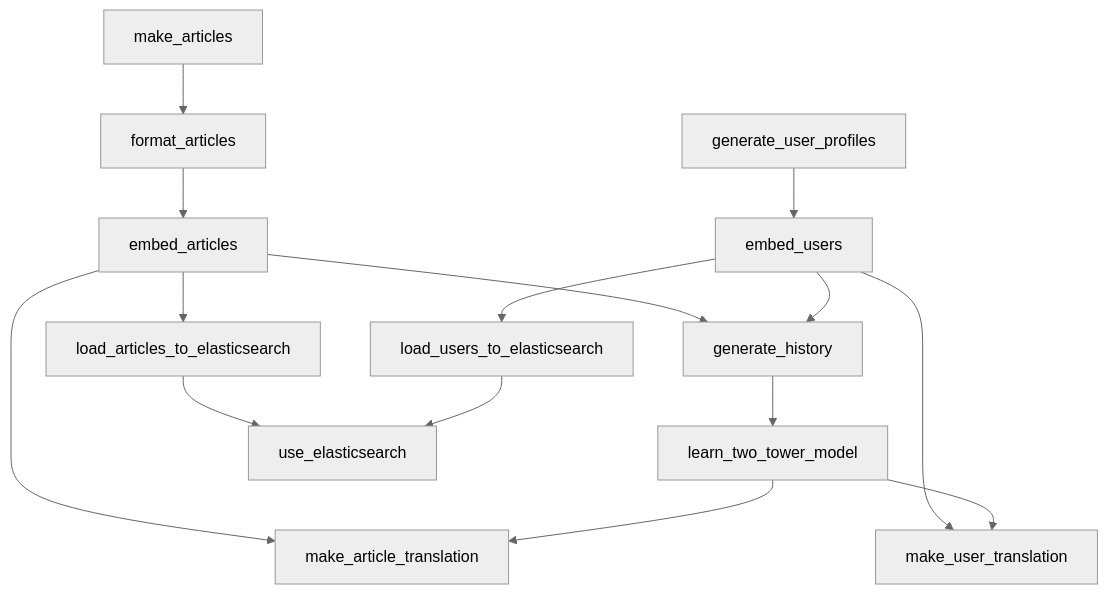
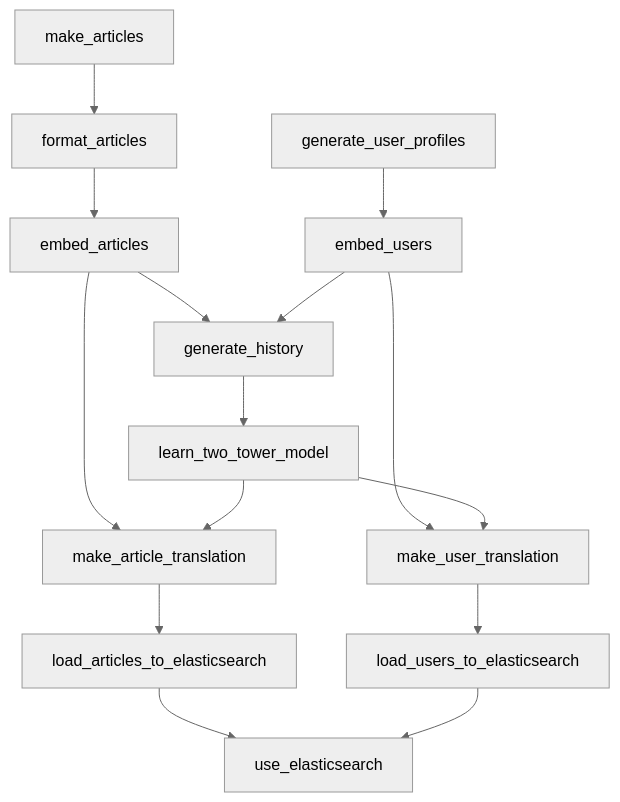
The diagram in PIPELINE.md (u-masao/hybrid-search-demo), drawn with Mermaid (neutral theme) before and after one commit.

Commit message:
dvc pipeline updated

````diff
--- a/PIPELINE.md
+++ b/PIPELINE.md
@@ -1,29 +1,29 @@
 ```mermaid
 flowchart TD
 	node1["embed_articles"]
 	node2["embed_users"]
 	node3["format_articles"]
 	node4["generate_history"]
 	node5["generate_user_profiles"]
 	node6["learn_two_tower_model"]
 	node7["load_articles_to_elasticsearch"]
 	node8["load_users_to_elasticsearch"]
 	node9["make_article_translation"]
 	node10["make_articles"]
 	node11["make_user_translation"]
 	node12["use_elasticsearch"]
 	node1-->node4
-	node1-->node7
 	node1-->node9
 	node2-->node4
-	node2-->node8
 	node2-->node11
 	node3-->node1
 	node4-->node6
 	node5-->node2
 	node6-->node9
 	node6-->node11
 	node7-->node12
 	node8-->node12
+	node9-->node7
 	node10-->node3
+	node11-->node8
 ```
````
